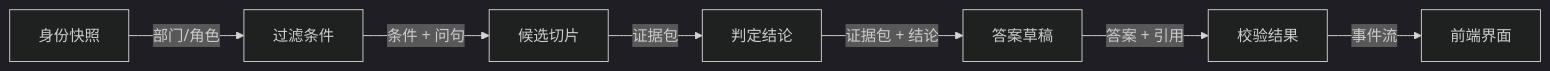
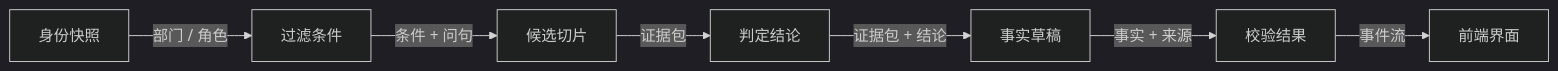
The second of 16 diagrams in 详细设计.md (kvchen95/ai-rag), drawn with Mermaid (dark theme) before and after one commit. The commit also changed other lines of this file and 4 other files, not shown here.

First line of the commit message:
docs: 按当前实现重写架构图集、概要设计与详细设计

````diff
--- a/详细设计.md
+++ b/详细设计.md
@@ -34,9 +36,9 @@
 ```mermaid
 flowchart LR
-    C1["身份快照"] -->|"部门/角色"| C2["过滤条件"]
+    C1["身份快照"] -->|"部门 / 角色"| C2["过滤条件"]
     C2 -->|"条件 + 问句"| C3["候选切片"]
     C3 -->|"证据包"| C4["判定结论"]
-    C4 -->|"证据包 + 结论"| C5["答案草稿"]
-    C5 -->|"答案 + 引用"| C6["校验结果"]
+    C4 -->|"证据包 + 结论"| C5["事实草稿"]
+    C5 -->|"事实 + 来源"| C6["校验结果"]
     C6 -->|"事件流"| C7["前端界面"]
 ```
````
